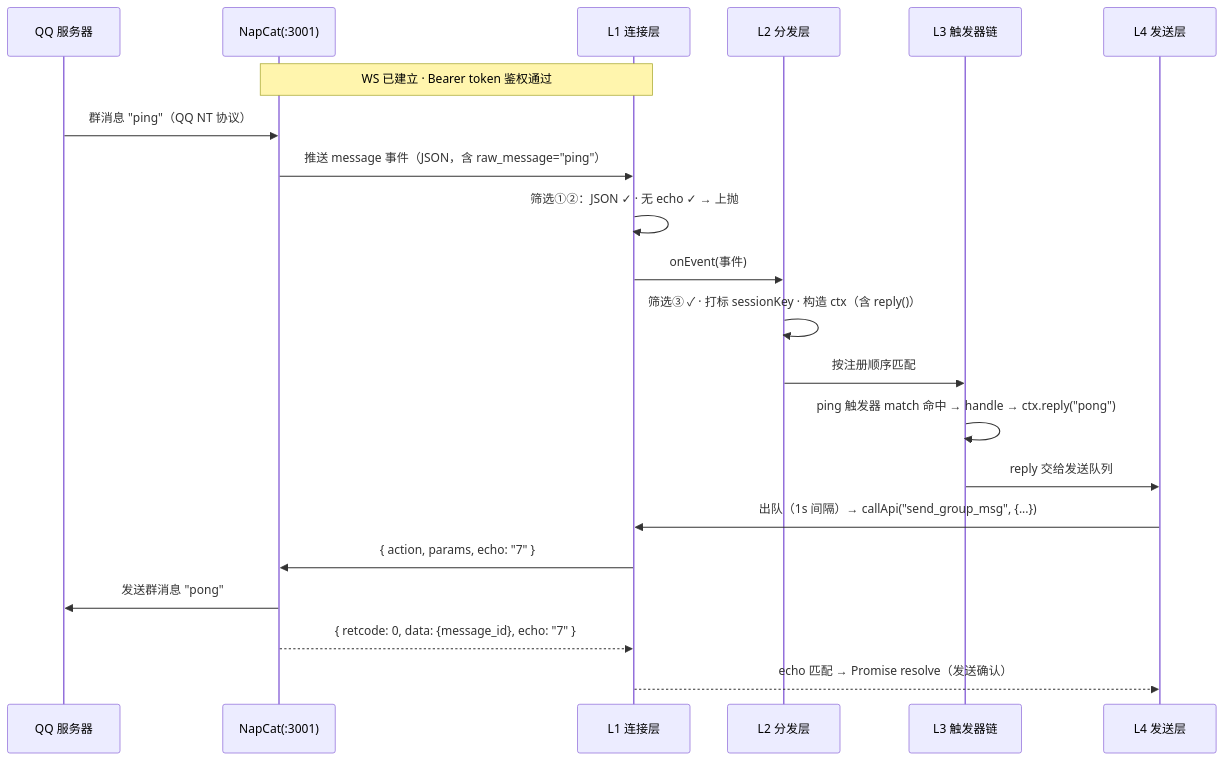
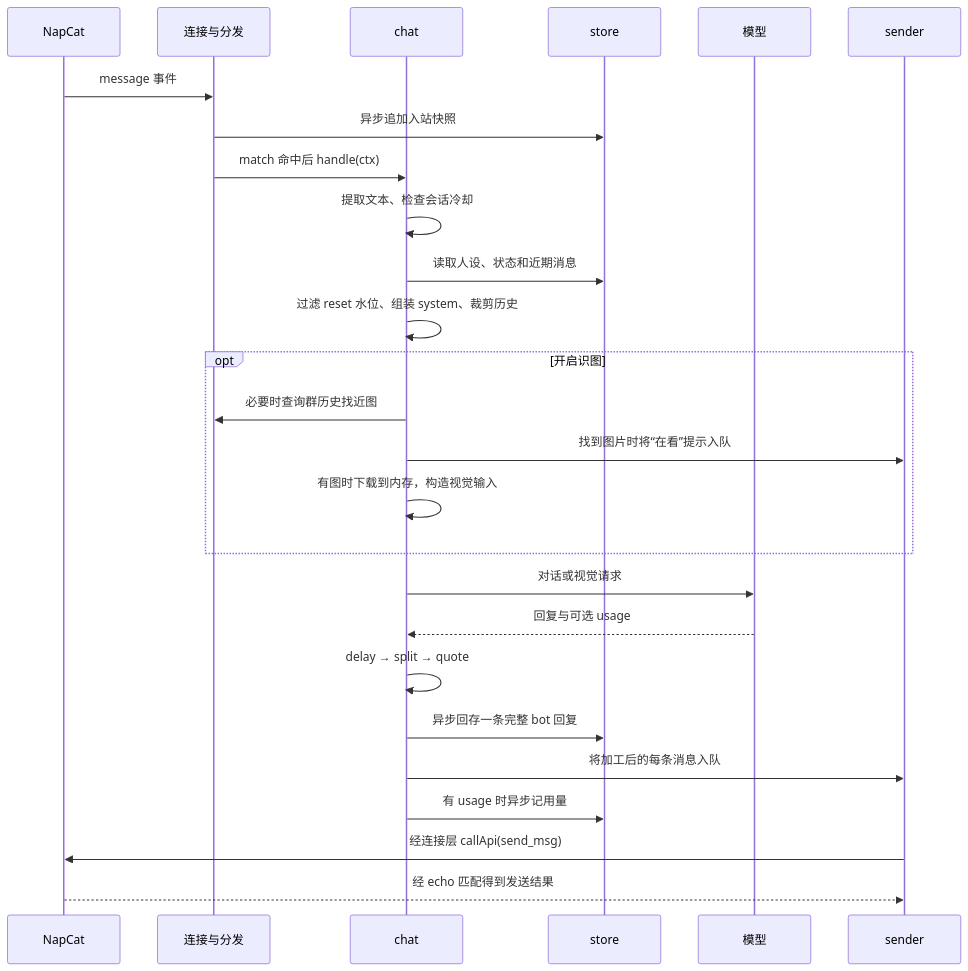
One commit to kiraTheresa/big-fat-fish-3 changed the second of 2 diagrams in bot-core-design.md. Above: the diagram before and after it, drawn with Mermaid. The commit also changed other lines of this file and 4 other files, not shown here.

````diff
--- a/bot-core-design.md
+++ b/bot-core-design.md
@@ -92,24 +54,28 @@
 ```mermaid
 sequenceDiagram
-    participant Q as QQ 服务器
-    participant N as NapCat(:3001)
-    participant C as L1 连接层
-    participant D as L2 分发层
-    participant T as L3 触发器链
-    participant S as L4 发送层
-
-    Note over N,C: WS 已建立 · Bearer token 鉴权通过
-    Q->>N: 群消息 "ping"（QQ NT 协议）
-    N->>C: 推送 message 事件（JSON，含 raw_message="ping"）
-    C->>C: 筛选①②：JSON ✓ · 无 echo ✓ → 上抛
-    C->>D: onEvent(事件)
-    D->>D: 筛选③ ✓ · 打标 sessionKey · 构造 ctx（含 reply()）
-    D->>T: 按注册顺序匹配
-    T->>T: ping 触发器 match 命中 → handle → ctx.reply("pong")
-    T->>S: reply 交给发送队列
-    S->>C: 出队（1s 间隔）→ callApi("send_group_msg", {...})
-    C->>N: { action, params, echo: "7" }
-    N->>Q: 发送群消息 "pong"
-    N-->>C: { retcode: 0, data: {message_id}, echo: "7" }
-    C-->>S: echo 匹配 → Promise resolve（发送确认）
+    participant N as NapCat
+    participant C as 连接与分发
+    participant T as chat
+    participant DB as store
+    participant L as 模型
+    participant S as sender
+    N->>C: message 事件
+    C->>DB: 异步追加入站快照
+    C->>T: match 命中后 handle(ctx)
+    T->>T: 提取文本、检查会话冷却
+    T->>DB: 读取人设、状态和近期消息
+    T->>T: 过滤 reset 水位、组装 system、裁剪历史
+    opt 开启识图
+        T->>C: 必要时查询群历史找近图
+        T->>S: 找到图片时将“在看”提示入队
+        T->>T: 有图时下载到内存，构造视觉输入
+    end
+    T->>L: 对话或视觉请求
+    L-->>T: 回复与可选 usage
+    T->>T: delay → split → quote
+    T->>DB: 异步回存一条完整 bot 回复
+    T->>S: 将加工后的每条消息入队
+    T->>DB: 有 usage 时异步记用量
+    S->>N: 经连接层 callApi(send_msg)
+    N-->>S: 经 echo 匹配得到发送结果
 ```
````
